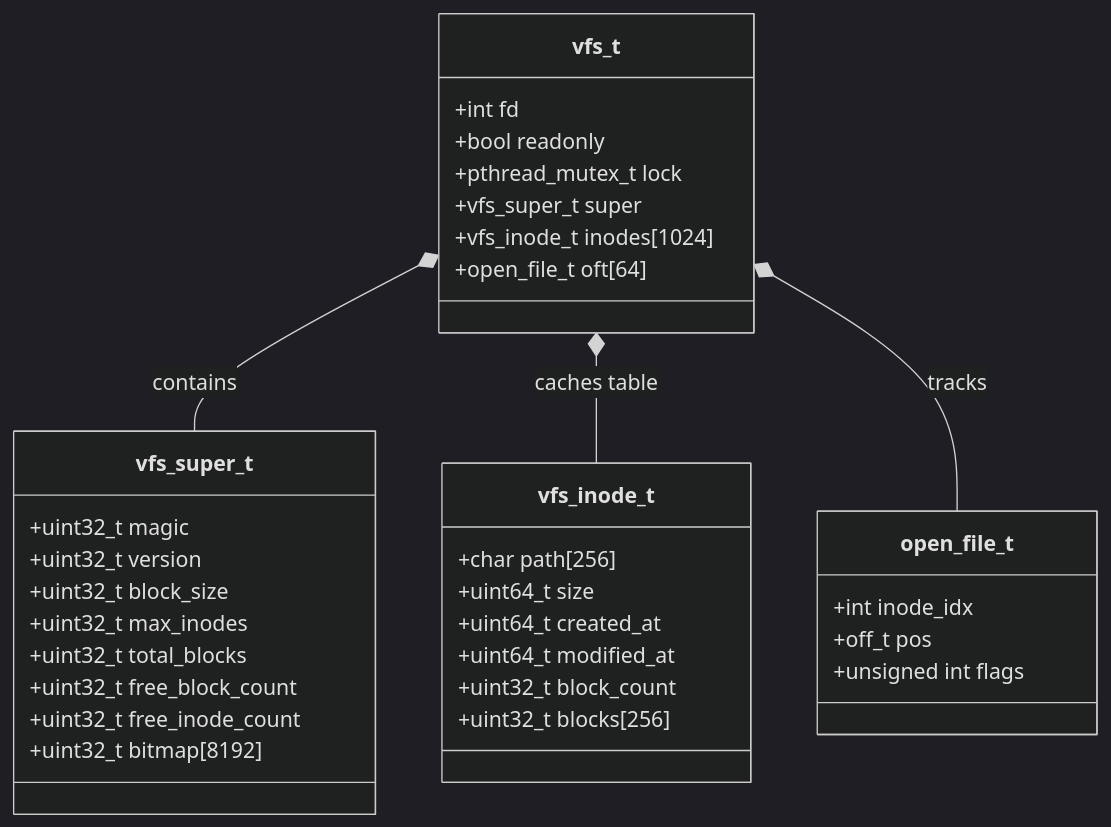
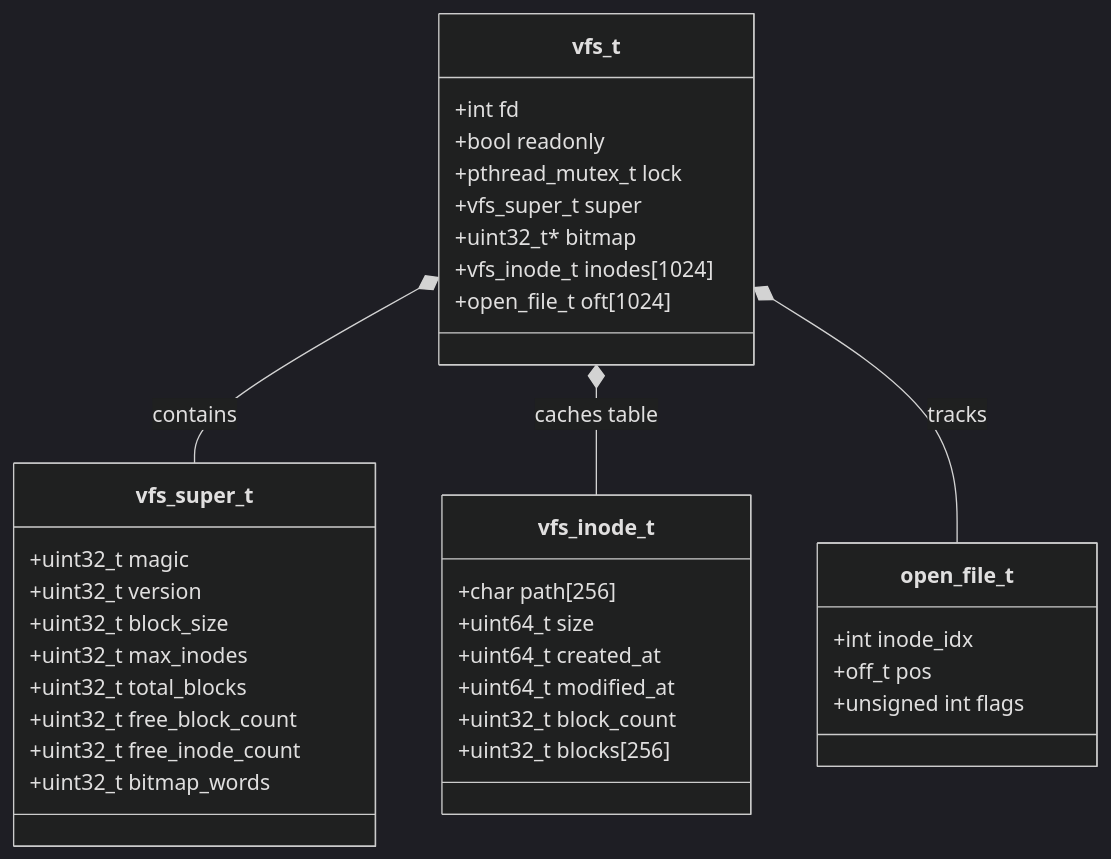
Before and after one commit to abiiranathan/vfs: the third of 5 diagrams in doc.md, drawn with Mermaid (dark theme). The commit also changed other lines of this file and 13 other files, not shown here.

````diff
--- a/doc.md
+++ b/doc.md
@@ -75,38 +110,39 @@
 ```mermaid
 classDiagram
     class vfs_t {
         +int fd
         +bool readonly
         +pthread_mutex_t lock
         +vfs_super_t super
+        +uint32_t* bitmap
         +vfs_inode_t inodes[1024]
-        +open_file_t oft[64]
+        +open_file_t oft[1024]
     }
     class vfs_super_t {
         +uint32_t magic
         +uint32_t version
         +uint32_t block_size
         +uint32_t max_inodes
         +uint32_t total_blocks
         +uint32_t free_block_count
         +uint32_t free_inode_count
-        +uint32_t bitmap[8192]
+        +uint32_t bitmap_words
     }
     class vfs_inode_t {
         +char path[256]
         +uint64_t size
         +uint64_t created_at
         +uint64_t modified_at
         +uint32_t block_count
         +uint32_t blocks[256]
     }
     class open_file_t {
         +int inode_idx
         +off_t pos
         +unsigned int flags
     }
 
     vfs_t *-- vfs_super_t : contains
     vfs_t *-- vfs_inode_t : caches table
     vfs_t *-- open_file_t : tracks
 ```
````
